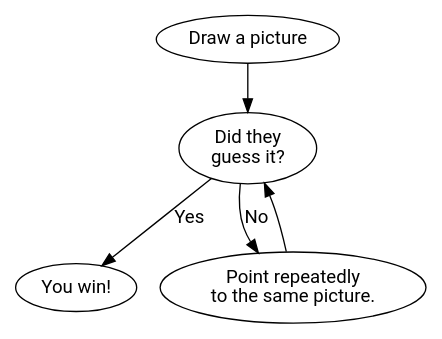
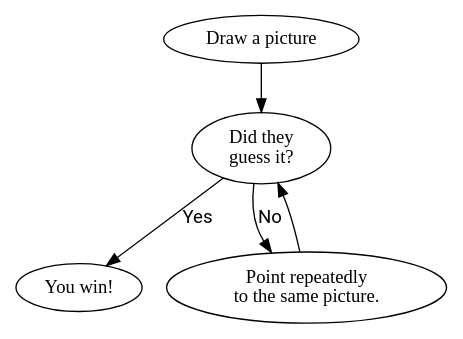
Before and after one commit to R-VdP/mfa_flowchart: the diagram in onboarding.dot, drawn with Graphviz. The commit also changed 1 other file, not shown here.

```diff
--- a/onboarding.dot
+++ b/onboarding.dot
@@ -1,18 +1,18 @@
 digraph G {
-  node [fontname = "Roboto"];
+  node [fontname = "Handlee"];
   edge [fontname = "Roboto"];
 
 
   draw [ label = "Draw a picture" ];
   win [ label = "You win!" ];
   guess [ label = "Did they\nguess it?" ];
   point [
     label = "Point repeatedly\nto the same picture."
   ];
 
   draw -> guess;
 
   guess -> win [ label = "Yes" ];
   point -> guess;
   guess -> point [ label = "No" ];
 }
```
